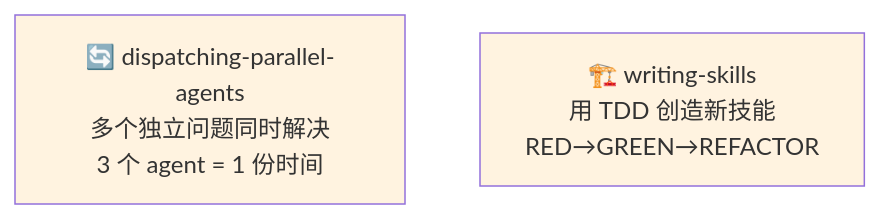
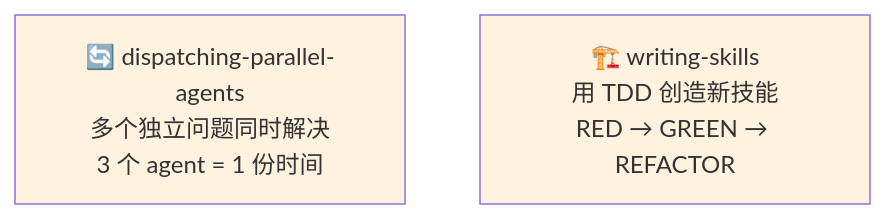
Before and after one commit to ethan-jiang-3/superpowers: the fifth of 5 diagrams in _digest/00-学习路径/README.md, drawn with Mermaid. The commit also changed other lines of this file and 1 other file, not shown here.

Commit message:
fix mermaid diagrams: replace <br/> with <br>, use bracket subgraph syntax

````diff
--- a/_digest/00-学习路径/README.md
+++ b/_digest/00-学习路径/README.md
@@ -159,8 +152,8 @@
 ```mermaid
 graph TD
-    PARA["🔄 dispatching-parallel-agents<br/>多个独立问题同时解决<br/>3 个 agent = 1 份时间"]
-    SKILL["🏗️ writing-skills<br/>用 TDD 创造新技能<br/>RED→GREEN→REFACTOR"]
+    PARA["🔄 dispatching-parallel-agents<br>多个独立问题同时解决<br>3 个 agent = 1 份时间"]
+    SKILL["🏗️ writing-skills<br>用 TDD 创造新技能<br>RED → GREEN → REFACTOR"]
 
     style PARA fill:#fff3e0
     style SKILL fill:#fff3e0
 ```
````
